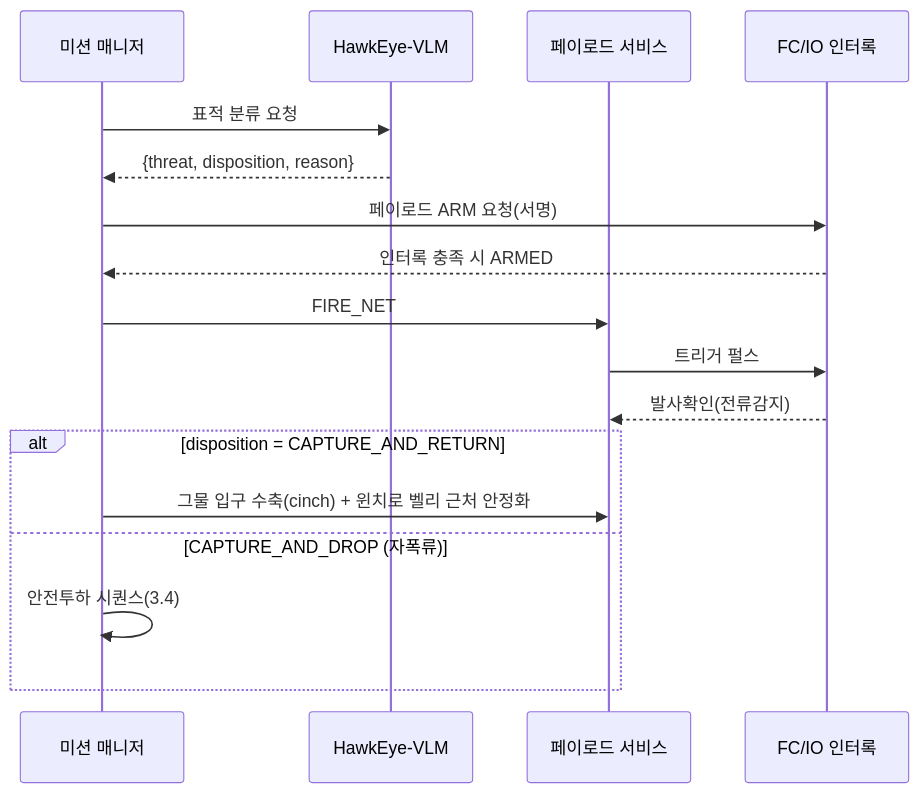
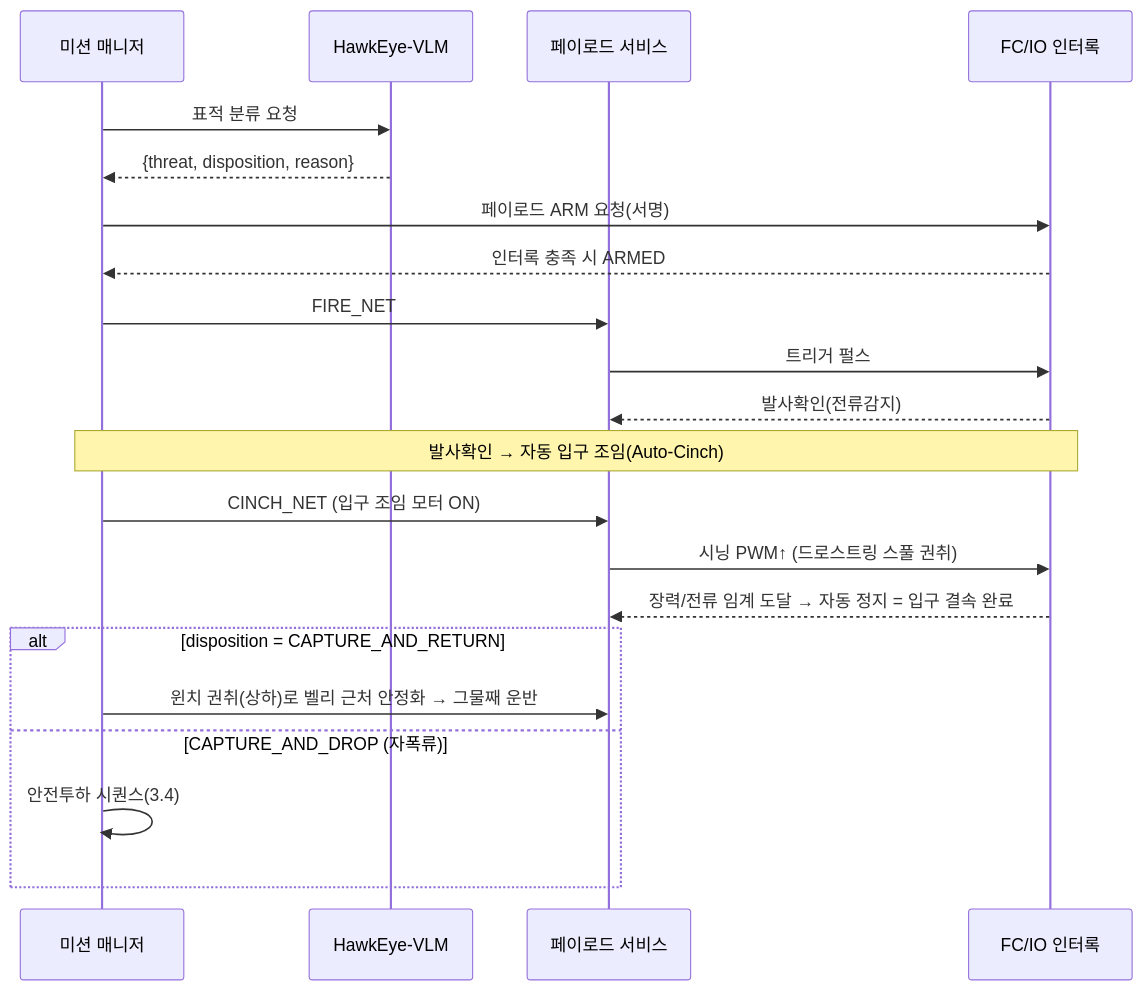
The third of 4 diagrams in docs/07_소프트웨어_기획.md (gkjuwon-tech/TaloNet), drawn with Mermaid before and after one commit. The commit also changed other lines of this file and 3 other files, not shown here.

First line of the commit message:
cad+circuit: add dedicated net-mouth cinch motor (separate from hoist winch)

````diff
--- a/docs/07_소프트웨어_기획.md
+++ b/docs/07_소프트웨어_기획.md
@@ -83,19 +83,23 @@
 ```mermaid
 sequenceDiagram
     participant MM as 미션 매니저
     participant VLM as HawkEye-VLM
     participant PS as 페이로드 서비스
     participant FC as FC/IO 인터록
     MM->>VLM: 표적 분류 요청
     VLM-->>MM: {threat, disposition, reason}
     MM->>FC: 페이로드 ARM 요청(서명)
     FC-->>MM: 인터록 충족 시 ARMED
     MM->>PS: FIRE_NET
     PS->>FC: 트리거 펄스
     FC-->>PS: 발사확인(전류감지)
+    Note over MM,FC: 발사확인 → 자동 입구 조임(Auto-Cinch)
+    MM->>PS: CINCH_NET (입구 조임 모터 ON)
+    PS->>FC: 시닝 PWM↑ (드로스트링 스풀 권취)
+    FC-->>PS: 장력/전류 임계 도달 → 자동 정지 = 입구 결속 완료
     alt disposition = CAPTURE_AND_RETURN
-        MM->>PS: 그물 입구 수축(cinch) + 윈치로 벨리 근처 안정화
+        MM->>PS: 윈치 권취(상하)로 벨리 근처 안정화 → 그물째 운반
     else CAPTURE_AND_DROP (자폭류)
         MM->>MM: 안전투하 시퀀스(3.4)
     end
 ```
````
